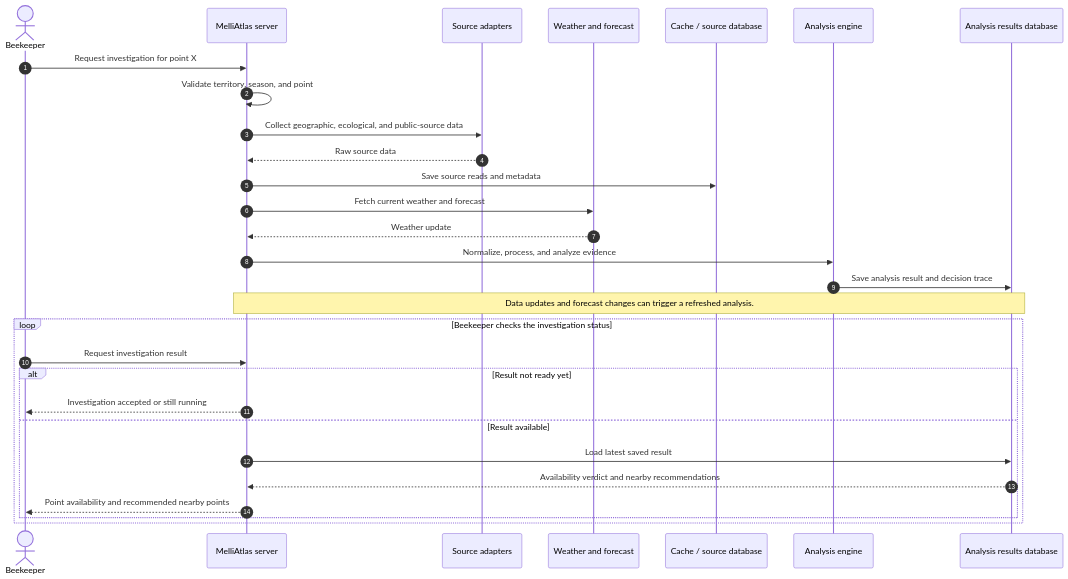
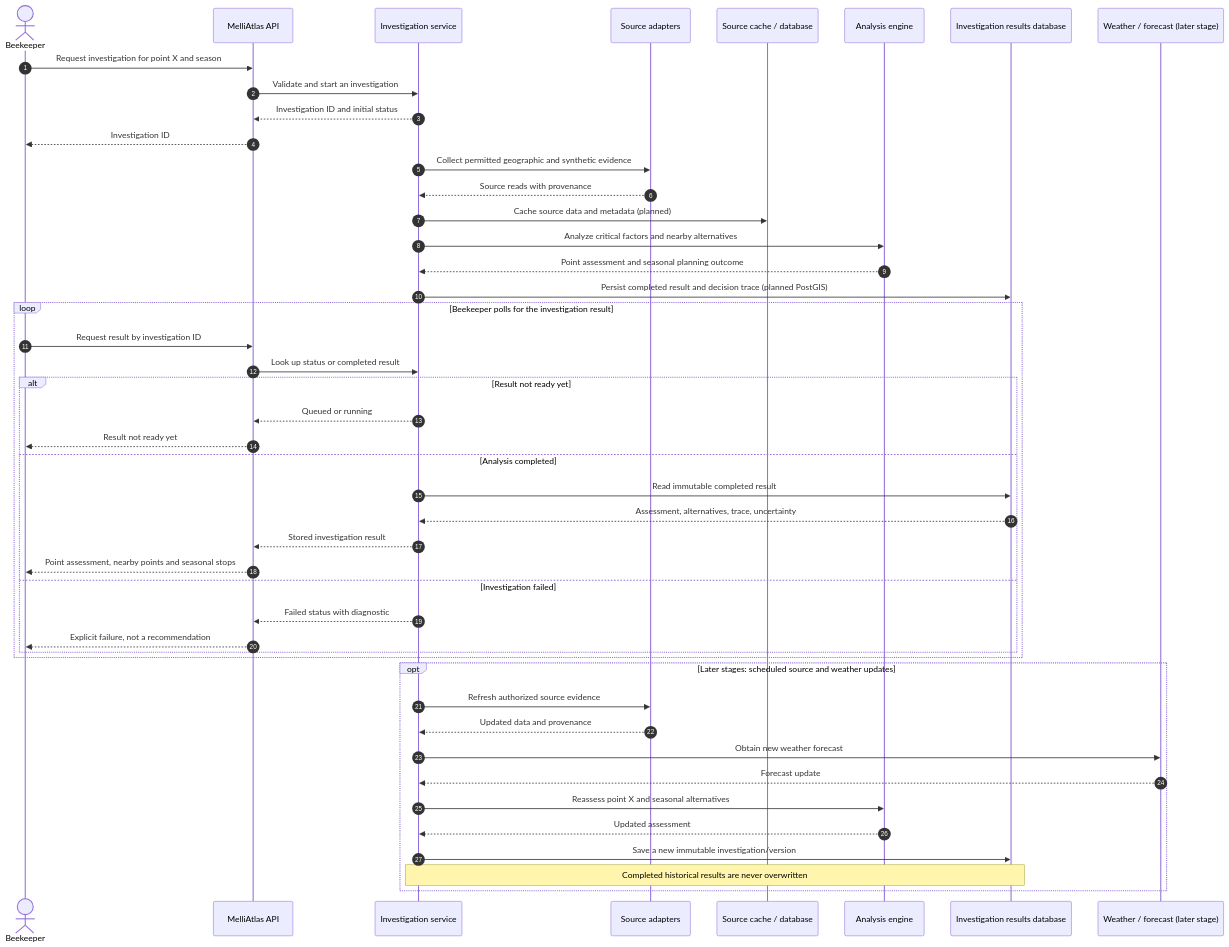
The second of 2 diagrams in README.md (PermieGeo/melliatlas), drawn with Mermaid before and after one commit. The commit also changed other lines of this file and 29 other files, not shown here.

First line of the commit message:
Add bounded synthetic investigation POST and GET workflow

````diff
--- a/README.md
+++ b/README.md
@@ -34,33 +34,52 @@
 ```mermaid
 sequenceDiagram
     autonumber
     actor Beekeeper
-    participant Server as MelliAtlas server
+    participant API as MelliAtlas API
+    participant Jobs as Investigation service
     participant Sources as Source adapters
-    participant Weather as Weather and forecast
-    participant Cache as Cache / source database
+    participant Cache as Source cache / database
     participant Engine as Analysis engine
-    participant Results as Analysis results database
+    participant Store as Investigation results database
+    participant Weather as Weather / forecast (later stage)
 
-    Beekeeper->>Server: Request investigation for point X
-    Server->>Server: Validate territory, season, and point
-    Server->>Sources: Collect geographic, ecological, and public-source data
-    Sources-->>Server: Raw source data
-    Server->>Cache: Save source reads and metadata
-    Server->>Weather: Fetch current weather and forecast
-    Weather-->>Server: Weather update
-    Server->>Engine: Normalize, process, and analyze evidence
-    Engine->>Results: Save analysis result and decision trace
-    Note over Server,Results: Data updates and forecast changes can trigger a refreshed analysis.
+    Beekeeper->>API: Request investigation for point X and season
+    API->>Jobs: Validate and start an investigation
+    Jobs-->>API: Investigation ID and initial status
+    API-->>Beekeeper: Investigation ID
 
-    loop Beekeeper checks the investigation status
-        Beekeeper->>Server: Request investigation result
+    Jobs->>Sources: Collect permitted geographic and synthetic evidence
+    Sources-->>Jobs: Source reads with provenance
+    Jobs->>Cache: Cache source data and metadata (planned)
+    Jobs->>Engine: Analyze critical factors and nearby alternatives
+    Engine-->>Jobs: Point assessment and seasonal planning outcome
+    Jobs->>Store: Persist completed result and decision trace (planned PostGIS)
+
+    loop Beekeeper polls for the investigation result
+        Beekeeper->>API: Request result by investigation ID
+        API->>Jobs: Look up status or completed result
         alt Result not ready yet
-            Server-->>Beekeeper: Investigation accepted or still running
-        else Result available
-            Server->>Results: Load latest saved result
-            Results-->>Server: Availability verdict and nearby recommendations
-            Server-->>Beekeeper: Point availability and recommended nearby points
+            Jobs-->>API: Queued or running
+            API-->>Beekeeper: Result not ready yet
+        else Analysis completed
+            Jobs->>Store: Read immutable completed result
+            Store-->>Jobs: Assessment, alternatives, trace, uncertainty
+            Jobs-->>API: Stored investigation result
+            API-->>Beekeeper: Point assessment, nearby points and seasonal stops
+        else Investigation failed
+            Jobs-->>API: Failed status with diagnostic
+            API-->>Beekeeper: Explicit failure, not a recommendation
         end
     end
+
+    opt Later stages: scheduled source and weather updates
+        Jobs->>Sources: Refresh authorized source evidence
+        Sources-->>Jobs: Updated data and provenance
+        Jobs->>Weather: Obtain new weather forecast
+        Weather-->>Jobs: Forecast update
+        Jobs->>Engine: Reassess point X and seasonal alternatives
+        Engine-->>Jobs: Updated assessment
+        Jobs->>Store: Save a new immutable investigation/version
+        Note over Jobs,Store: Completed historical results are never overwritten
+    end
 ```
````
